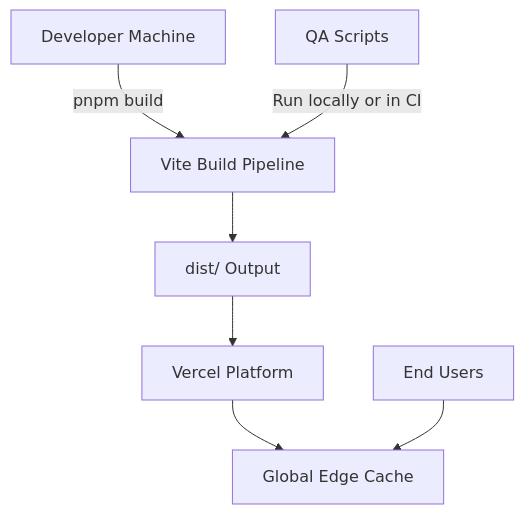
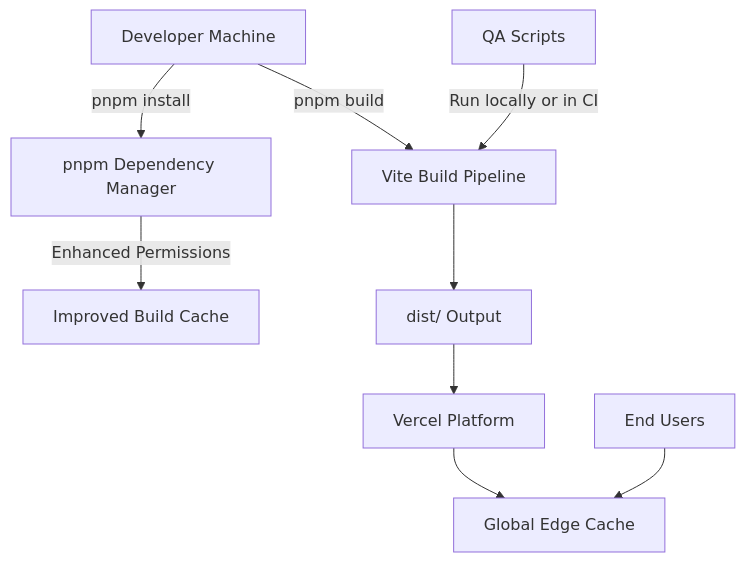
Before and after one commit to Theja4/podiummomentum: the second of 3 diagrams in .qoder/repowiki/en/content/Build and Deployment/Build and Deployment.md, drawn with Mermaid. The commit also changed other lines of this file and 35 other files, not shown here.

````diff
--- a/.qoder/repowiki/en/content/Build and Deployment/Build and Deployment.md
+++ b/.qoder/repowiki/en/content/Build and Deployment/Build and Deployment.md
@@ -80,9 +91,11 @@
 ```mermaid
 graph TB
-Dev["Developer Machine"] --> |pnpm build| Vite["Vite Build Pipeline"]
+Dev["Developer Machine"] --> |pnpm install| Pnpm["pnpm Dependency Manager"]
+Pnpm --> |Enhanced Permissions| Cache["Improved Build Cache"]
+Dev --> |pnpm build| Vite["Vite Build Pipeline"]
 Vite --> Dist["dist/ Output"]
 Dist --> Vercel["Vercel Platform"]
 Vercel --> CDN["Global Edge Cache"]
 User["End Users"] --> CDN
 QA["QA Scripts"] --> |Run locally or in CI| Vite
 ```
````
